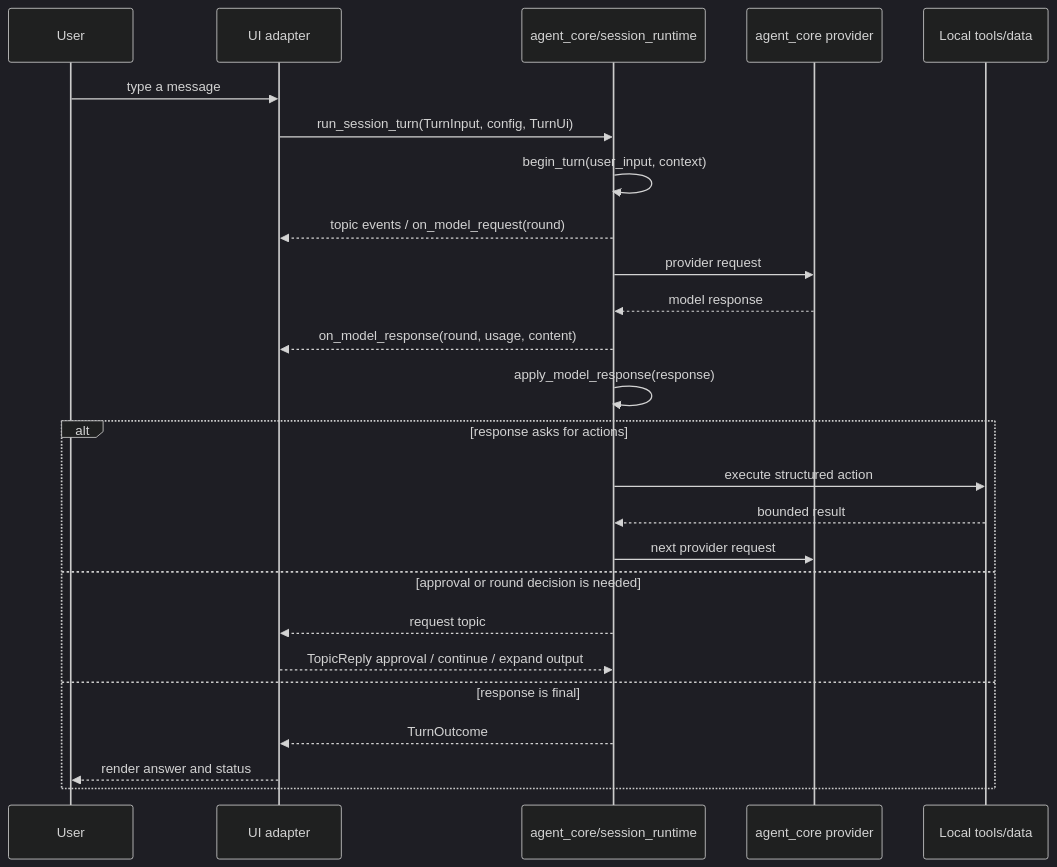
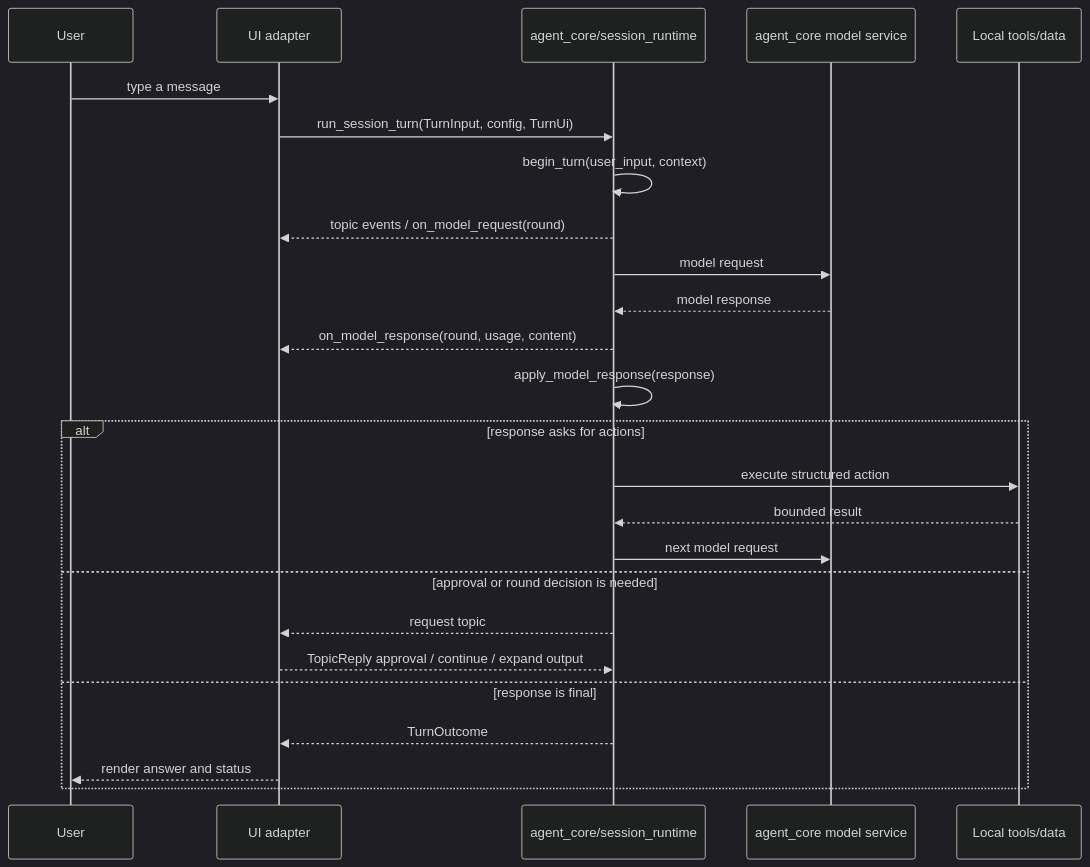
Before and after one commit to moliam/TimemAi: the second of 4 diagrams in docs/architecture.md, drawn with Mermaid (dark theme). The commit also changed other lines of this file and 28 other files, not shown here.

````diff
--- a/docs/architecture.md
+++ b/docs/architecture.md
@@ -449,28 +526,28 @@
 ```mermaid
 sequenceDiagram
     participant U as User
     participant UI as UI adapter
     participant C as agent_core/session_runtime
-    participant P as agent_core provider
+    participant P as agent_core model service
     participant T as Local tools/data
 
     U->>UI: type a message
     UI->>C: run_session_turn(TurnInput, config, TurnUi)
     C->>C: begin_turn(user_input, context)
     C-->>UI: topic events / on_model_request(round)
-    C->>P: provider request
+    C->>P: model request
     P-->>C: model response
     C-->>UI: on_model_response(round, usage, content)
     C->>C: apply_model_response(response)
     alt response asks for actions
         C->>T: execute structured action
         T-->>C: bounded result
-        C->>P: next provider request
+        C->>P: next model request
     else approval or round decision is needed
         C-->>UI: request topic
         UI-->>C: TopicReply approval / continue / expand output
     else response is final
         C-->>UI: TurnOutcome
         UI-->>U: render answer and status
     end
 ```
````
